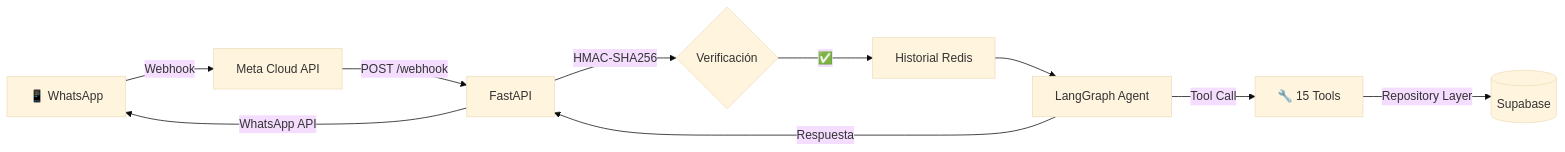
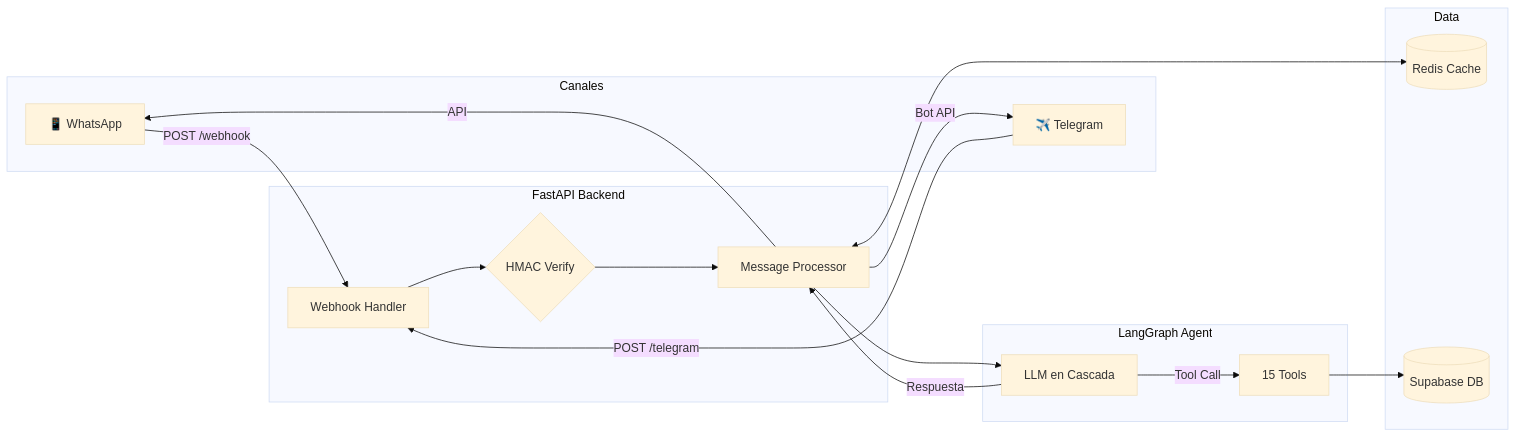
One commit to Atlaros/Quipu-AI changed the diagram in README.md. Above: the diagram before and after it, drawn with Mermaid (base theme). The commit also changed other lines of this file and 13 other files, not shown here.

````diff
--- a/README.md
+++ b/README.md
@@ -30,12 +39,34 @@
 ```mermaid
 graph LR
-    WA[📱 WhatsApp] -->|Webhook| META[Meta Cloud API]
-    META -->|POST /webhook| API[FastAPI]
-    API -->|HMAC-SHA256| SEC{Verificación}
-    SEC -->|✅| HIST[Historial Redis]
-    HIST --> AGENT[LangGraph Agent]
-    AGENT -->|Tool Call| TOOLS[🔧 15 Tools]
-    TOOLS -->|Repository Layer| DB[(Supabase)]
-    AGENT -->|Respuesta| API
-    API -->|WhatsApp API| WA
+    subgraph Canales
+        WA[📱 WhatsApp]
+        TG[✈️ Telegram]
+    end
+
+    subgraph Backend["FastAPI Backend"]
+        WH[Webhook Handler]
+        SEC{HMAC Verify}
+        MP[Message Processor]
+    end
+
+    subgraph Agent["LangGraph Agent"]
+        LLM[LLM en Cascada]
+        TOOLS[15 Tools]
+    end
+
+    subgraph Data
+        REDIS[(Redis Cache)]
+        DB[(Supabase DB)]
+    end
+
+    WA -->|POST /webhook| WH
+    TG -->|POST /telegram| WH
+    WH --> SEC --> MP
+    MP <--> REDIS
+    MP --> LLM
+    LLM -->|Tool Call| TOOLS
+    TOOLS --> DB
+    LLM -->|Respuesta| MP
+    MP -->|API| WA
+    MP -->|Bot API| TG
 ```
````
